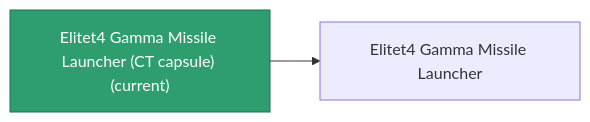
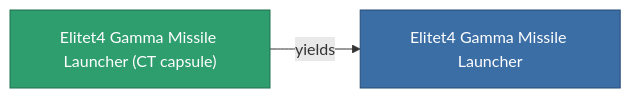
Before and after one commit to OpenPerpetuum/Wiki: the diagram in content/content/items/elitet4_gamma_missile_launcher_CT_capsule.md, drawn with Mermaid. The commit also changed other lines of this file and 2015 other files, not shown here.

````diff
--- a/content/content/items/elitet4_gamma_missile_launcher_CT_capsule.md
+++ b/content/content/items/elitet4_gamma_missile_launcher_CT_capsule.md
@@ -33,8 +33,9 @@
 ```mermaid
 graph LR
-    a["Elitet4 Gamma Missile Launcher (CT capsule) (current)"]:::current
-    b["Elitet4 Gamma Missile Launcher"]
-    a --> b
-    click b "/content/items/elitet4-gamma-missile-launcher/" "Elitet4 Gamma Missile Launcher"
+    a["Elitet4 Gamma Missile Launcher (CT capsule)"]:::current
+    b["Elitet4 Gamma Missile Launcher"]:::finished
+    a -->|yields| b
+                click b "/content/items/elitet4-gamma-missile-launcher/" "Elitet4 Gamma Missile Launcher"
     classDef current fill:#2f9e6f,stroke:#1f6f4a,color:#ffffff
+    classDef finished fill:#3b6ea5,stroke:#274a75,color:#ffffff
 ```
````
